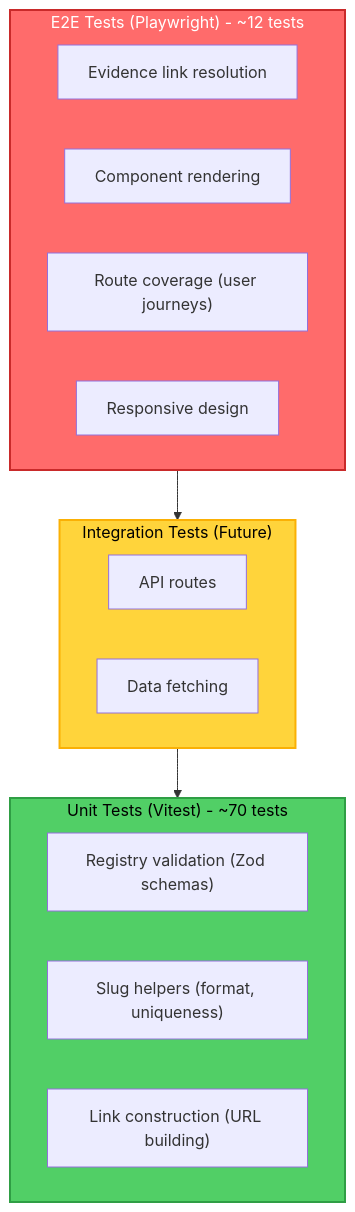
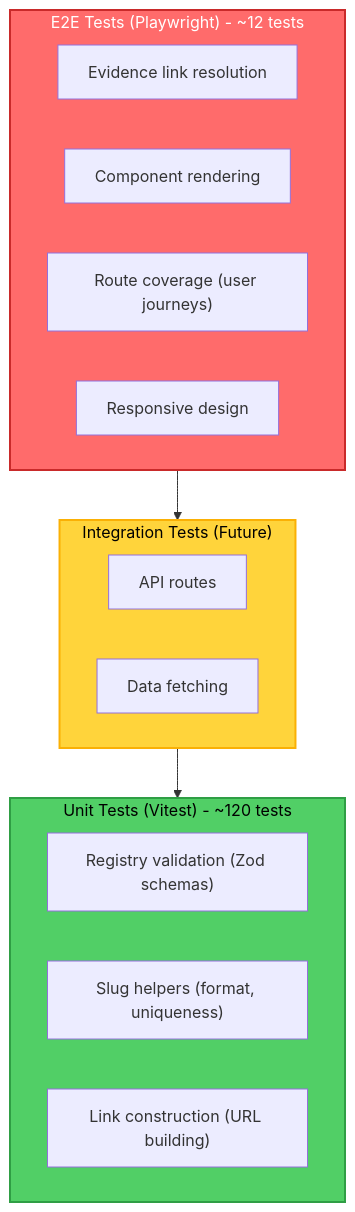
One commit to bryce-seefieldt/portfolio-docs changed the diagram in docs/70-reference/testing-guide.md. Above: the diagram before and after it, drawn with Mermaid. The commit also changed other lines of this file and 6 other files, not shown here.

````diff
--- a/docs/70-reference/testing-guide.md
+++ b/docs/70-reference/testing-guide.md
@@ -26,27 +26,27 @@
 ```mermaid
 graph TB
     subgraph E2E["E2E Tests (Playwright) - ~12 tests"]
         E1["Evidence link resolution"]
         E2["Component rendering"]
         E3["Route coverage (user journeys)"]
         E4["Responsive design"]
     end
 
     subgraph INT["Integration Tests (Future)"]
         I1["API routes"]
         I2["Data fetching"]
     end
 
-    subgraph UNIT["Unit Tests (Vitest) - ~70 tests"]
+    subgraph UNIT["Unit Tests (Vitest) - ~120 tests"]
         U1["Registry validation (Zod schemas)"]
         U2["Slug helpers (format, uniqueness)"]
         U3["Link construction (URL building)"]
     end
 
     E2E --> INT
     INT --> UNIT
 
     style E2E fill:#ff6b6b,stroke:#c92a2a,stroke-width:2px,color:#fff
     style INT fill:#ffd43b,stroke:#fab005,stroke-width:2px,color:#000
     style UNIT fill:#51cf66,stroke:#2f9e44,stroke-width:2px,color:#000
 ```
````
